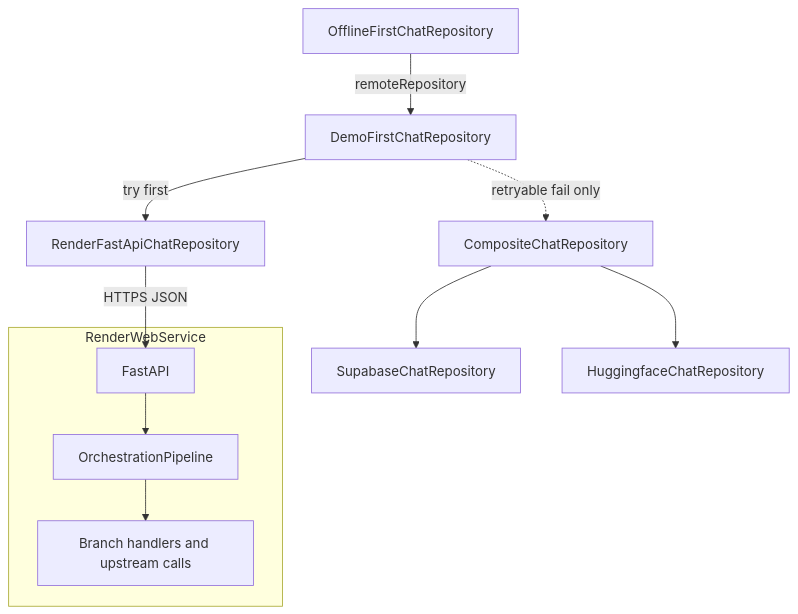
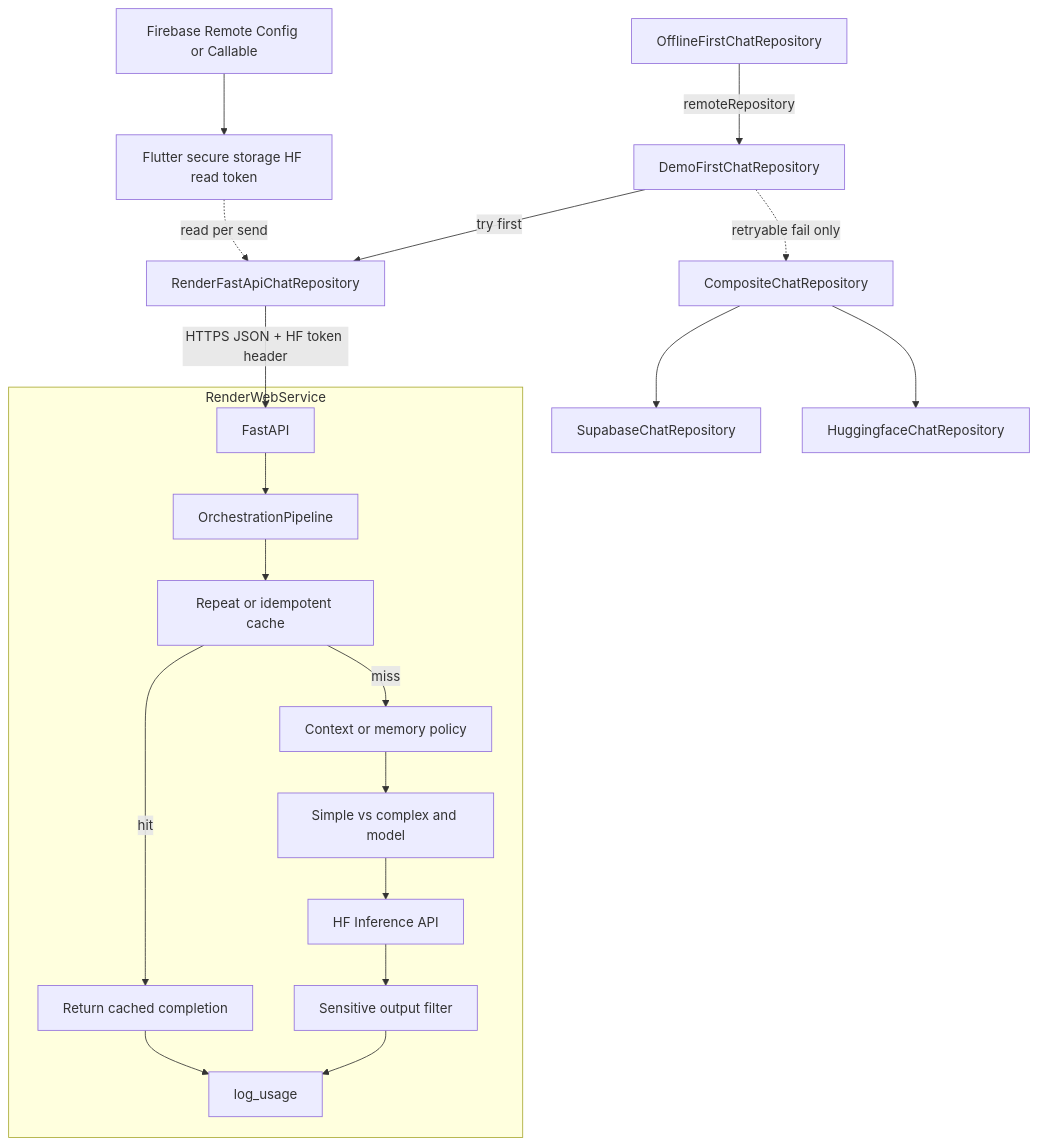
One commit to redjadet/flutter_bloc_app changed the second of 2 diagrams in docs/plans/render_fastapi_chat_demo_plan.md. Above: the diagram before and after it, drawn with Mermaid. The commit also changed other lines of this file, not shown here.

First line of the commit message:
docs: finalize FastAPI chat demo plan with build-ready details

````diff
--- a/docs/plans/render_fastapi_chat_demo_plan.md
+++ b/docs/plans/render_fastapi_chat_demo_plan.md
@@ -117,19 +176,35 @@
 ```mermaid
 flowchart TD
   OF[OfflineFirstChatRepository]
   DF[DemoFirstChatRepository]
   R[RenderFastApiChatRepository]
   C[CompositeChatRepository]
   subgraph renderSvc [RenderWebService]
     API[FastAPI]
     ORCH[OrchestrationPipeline]
+    CACHE[Repeat or idempotent cache]
+    MEM[Context or memory policy]
+    FLT[Sensitive output filter]
+    CMP[Simple vs complex and model]
+    LOG[log_usage]
     API --> ORCH
-    ORCH --> UP1[Branch handlers and upstream calls]
+    ORCH --> CACHE
+    CACHE -->|miss| MEM
+    CACHE -->|hit| RESP[Return cached completion]
+    MEM --> CMP
+    CMP --> HFI[HF Inference API]
+    HFI --> FLT
+    FLT --> LOG
+    RESP --> LOG
   end
+  FB[Firebase Remote Config or Callable]
+  SEC[Flutter secure storage HF read token]
+  FB --> SEC
   OF -->|"remoteRepository"| DF
   DF -->|"try first"| R
-  R -->|"HTTPS JSON"| API
+  R -->|"HTTPS JSON + HF token header"| API
+  SEC -.->|"read per send"| R
   DF -.->|"retryable fail only"| C
   C --> SB[SupabaseChatRepository]
   C --> HF[HuggingfaceChatRepository]
 ```
````
